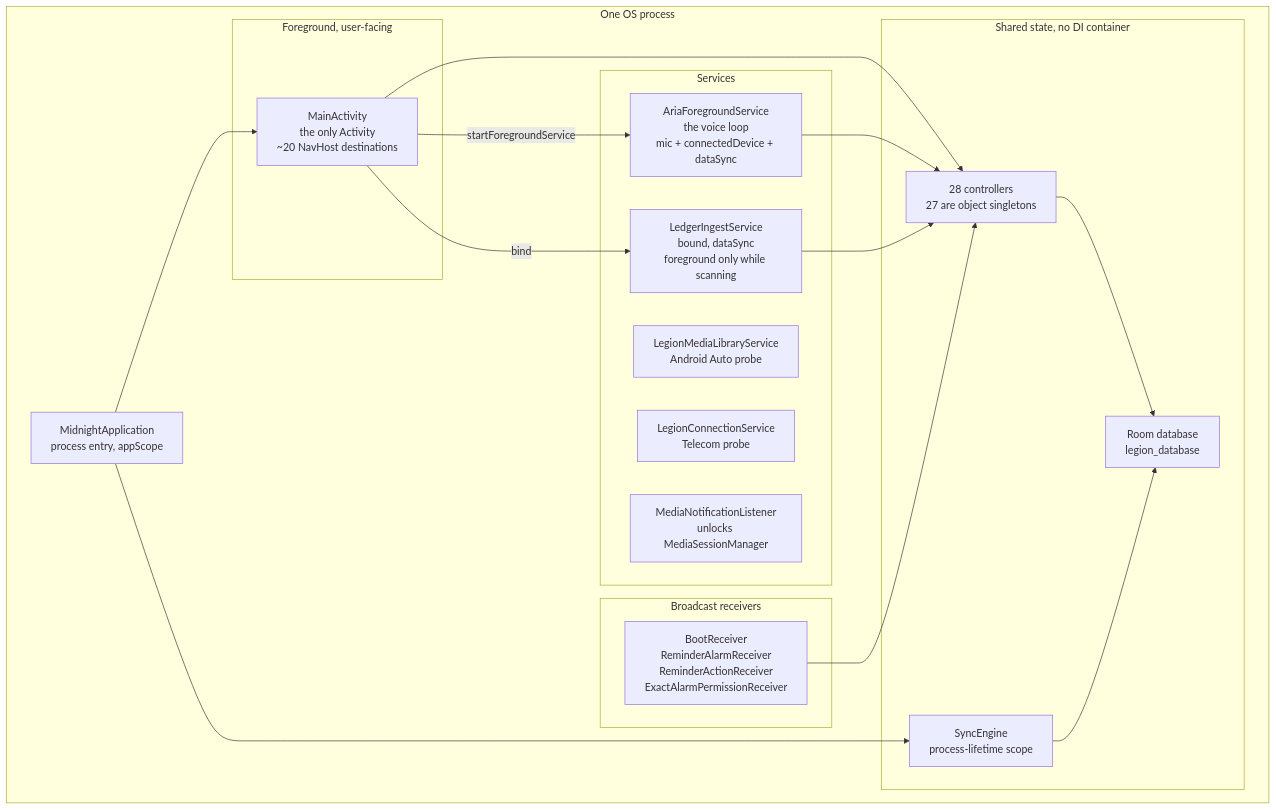
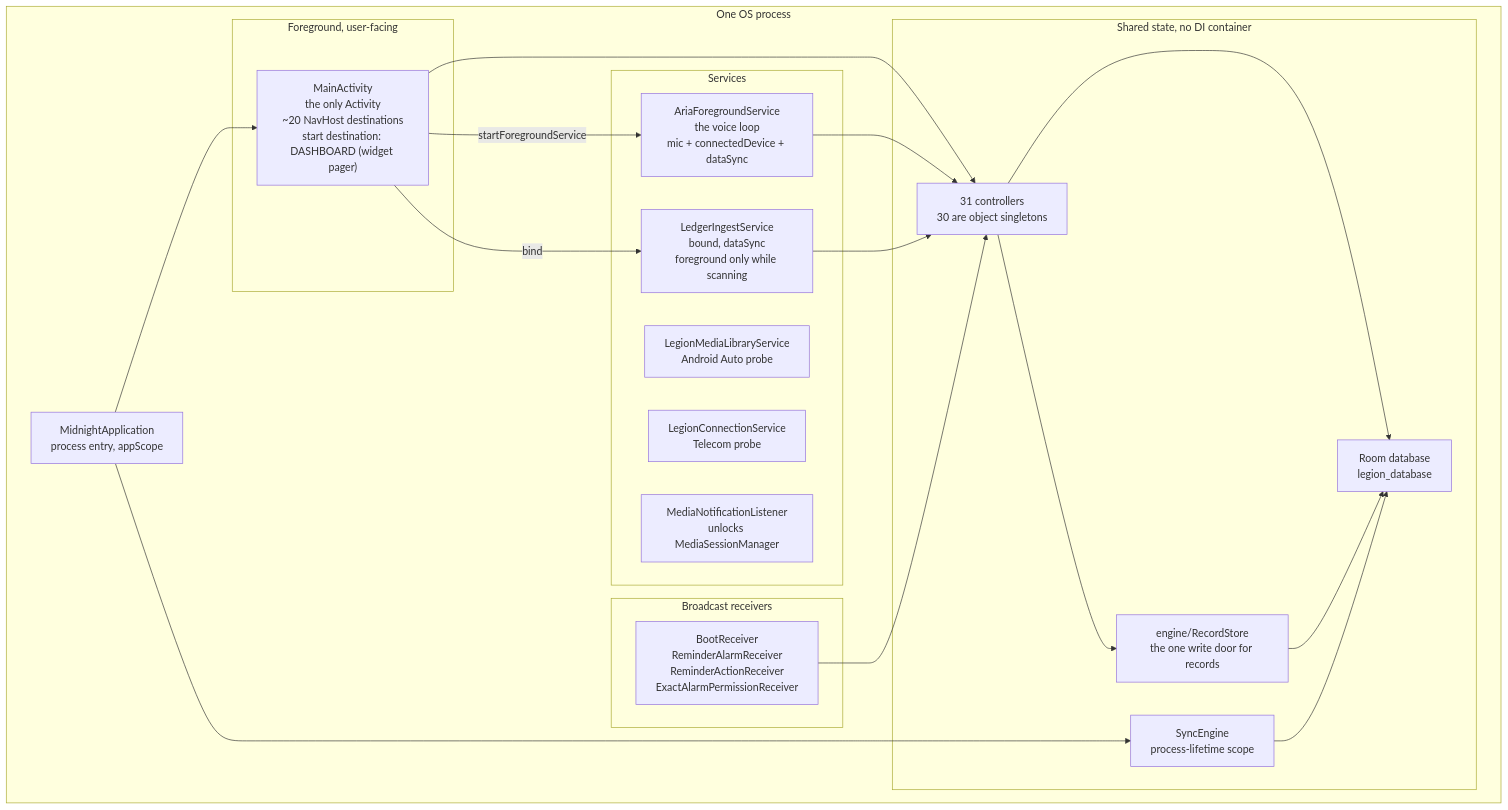
Before and after one commit to kevinmyo-code/legion: the diagram in docs/architecture/c2-containers.md, drawn with Mermaid. The commit also changed other lines of this file and 12 other files, not shown here.

````diff
--- a/docs/architecture/c2-containers.md
+++ b/docs/architecture/c2-containers.md
@@ -14,39 +14,42 @@
 ```mermaid
 graph TB
     subgraph Process["One OS process"]
         App["MidnightApplication<br/>process entry, appScope"]
 
         subgraph UI["Foreground, user-facing"]
-            MA["MainActivity<br/>the only Activity<br/>~20 NavHost destinations"]
+            MA["MainActivity<br/>the only Activity<br/>~20 NavHost destinations<br/>start destination: DASHBOARD (widget pager)"]
         end
 
         subgraph Services["Services"]
             AFS["AriaForegroundService<br/>the voice loop<br/>mic + connectedDevice + dataSync"]
             LIS["LedgerIngestService<br/>bound, dataSync<br/>foreground only while scanning"]
             MLS["LegionMediaLibraryService<br/>Android Auto probe"]
             LCS["LegionConnectionService<br/>Telecom probe"]
             MNL["MediaNotificationListener<br/>unlocks MediaSessionManager"]
         end
 
         subgraph Receivers["Broadcast receivers"]
             RX["BootReceiver<br/>ReminderAlarmReceiver<br/>ReminderActionReceiver<br/>ExactAlarmPermissionReceiver"]
         end
 
         subgraph State["Shared state, no DI container"]
-            Ctl["28 controllers<br/>27 are object singletons"]
+            Ctl["31 controllers<br/>30 are object singletons"]
+            Eng["engine/RecordStore<br/>the one write door for records"]
             Room["Room database<br/>legion_database"]
             Sync["SyncEngine<br/>process-lifetime scope"]
         end
     end
 
     App --> MA
     App --> Sync
     MA -->|startForegroundService| AFS
     MA -->|bind| LIS
     MA --> Ctl
     AFS --> Ctl
     LIS --> Ctl
     RX --> Ctl
     Ctl --> Room
+    Ctl --> Eng
+    Eng --> Room
     Sync --> Room
 ```
````
